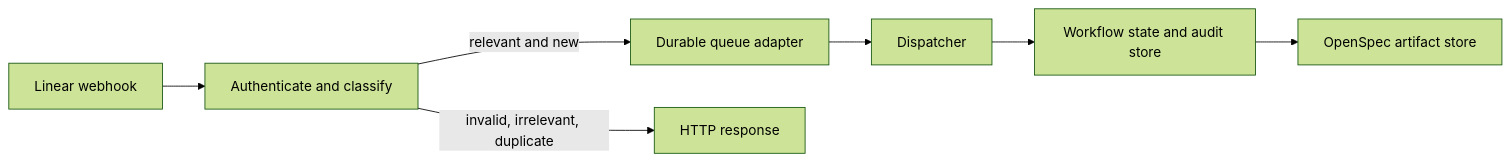
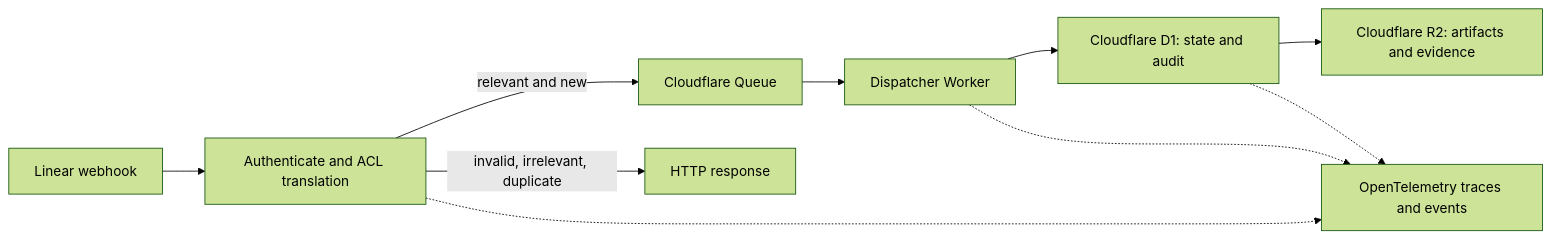
The diagram in openspec/changes/initial-architecture/design.md (sachinkundu/deos), drawn with Mermaid (forest theme) before and after one commit. The commit also changed other lines of this file and 6 other files, not shown here.

Commit message:
Address SAC-72 architecture review comments

````diff
--- a/openspec/changes/initial-architecture/design.md
+++ b/openspec/changes/initial-architecture/design.md
@@ -21,9 +21,12 @@
 ```mermaid
 flowchart LR
-  request[Linear webhook] --> ingress[Authenticate and classify]
-  ingress -->|relevant and new| queue[Durable queue adapter]
+  request[Linear webhook] --> ingress[Authenticate and ACL translation]
+  ingress -->|relevant and new| queue[Cloudflare Queue]
   ingress -->|invalid, irrelevant, duplicate| response[HTTP response]
-  queue --> dispatcher[Dispatcher]
-  dispatcher --> state[Workflow state and audit store]
-  state --> artifacts[OpenSpec artifact store]
+  queue --> dispatcher[Dispatcher Worker]
+  dispatcher --> state[Cloudflare D1: state and audit]
+  state --> artifacts[Cloudflare R2: artifacts and evidence]
+  ingress -.-> telemetry[OpenTelemetry traces and events]
+  dispatcher -.-> telemetry
+  state -.-> telemetry
 ```
````
